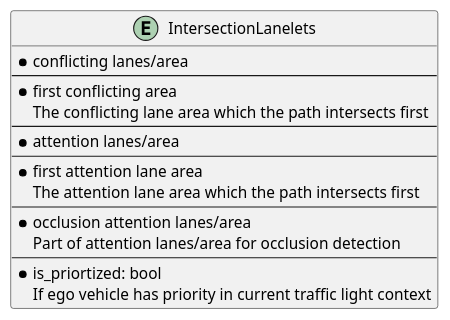
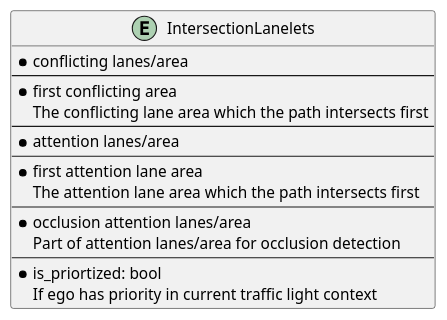
One commit to autowarefoundation/autoware.universe changed the second of 5 diagrams in planning/behavior_velocity_intersection_module/README.md. Above: the diagram before and after it, drawn with PlantUML. The commit also changed other lines of this file and 3 other files, not shown here.

Commit message:
added state diagram

````diff
--- a/planning/behavior_velocity_intersection_module/README.md
+++ b/planning/behavior_velocity_intersection_module/README.md
@@ -175,21 +246,21 @@
 ```plantuml
 @startuml
 entity IntersectionLanelets {
  * conflicting lanes/area
  --
  * first conflicting area
  The conflicting lane area which the path intersects first
  --
  * attention lanes/area
  --
  * first attention lane area
  The attention lane area which the path intersects first
  --
  * occlusion attention lanes/area
  Part of attention lanes/area for occlusion detection
  --
  * is_priortized: bool
- If ego vehicle has priority in current traffic light context
+ If ego has priority in current traffic light context
 }
 @enduml
 ```
````
